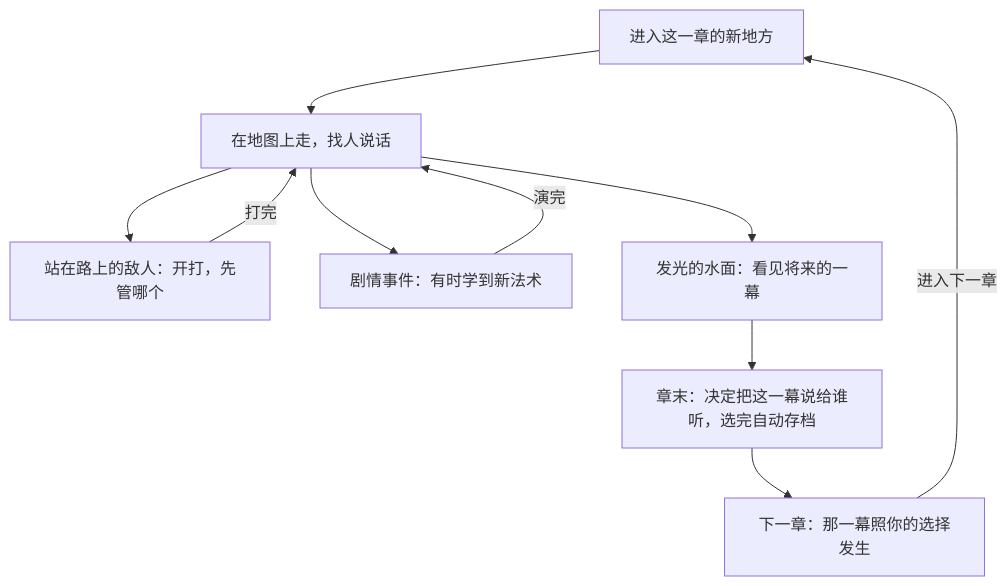
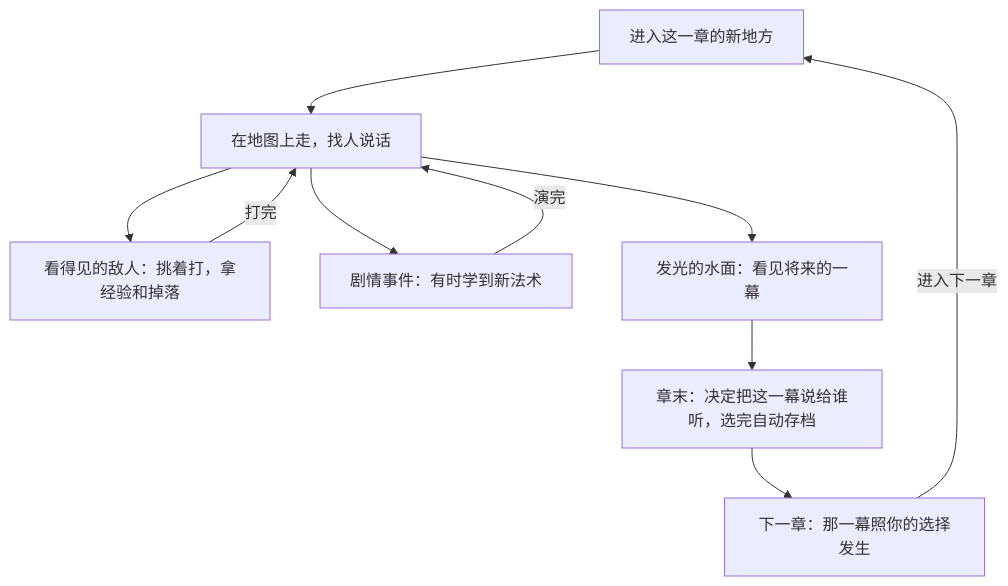
The first of 4 diagrams in design/GDD.md (salt-byte/arthur-rpg), drawn with Mermaid before and after one commit. The commit also changed other lines of this file and 26 other files, not shown here.

First line of the commit message:
第 7 步重做：战斗照杀戮尖塔意图和原型的数，大地图、成长、装备照 Vampire's Fall 2

````diff
--- a/design/GDD.md
+++ b/design/GDD.md
@@ -13,12 +13,12 @@
 ```mermaid
 flowchart TD
   A[进入这一章的新地方] --> B[在地图上走，找人说话]
-  B --> C1[站在路上的敌人：开打，先管哪个]
+  B --> C1[看得见的敌人：挑着打，拿经验和掉落]
   B --> C2[剧情事件：有时学到新法术]
   B --> C3[发光的水面：看见将来的一幕]
   C1 -->|打完| B
   C2 -->|演完| B
   C3 --> D[章末：决定把这一幕说给谁听，选完自动存档]
   D --> E[下一章：那一幕照你的选择发生]
   E -->|进入下一章| A
 ```
````
